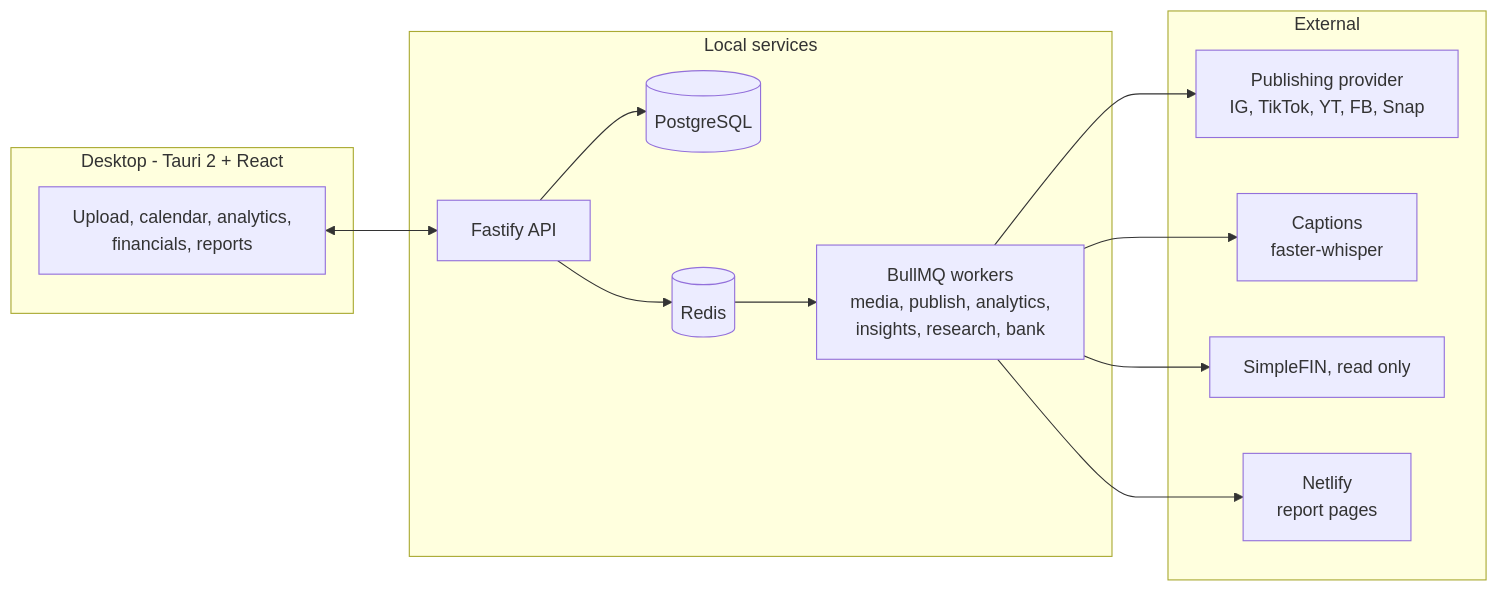
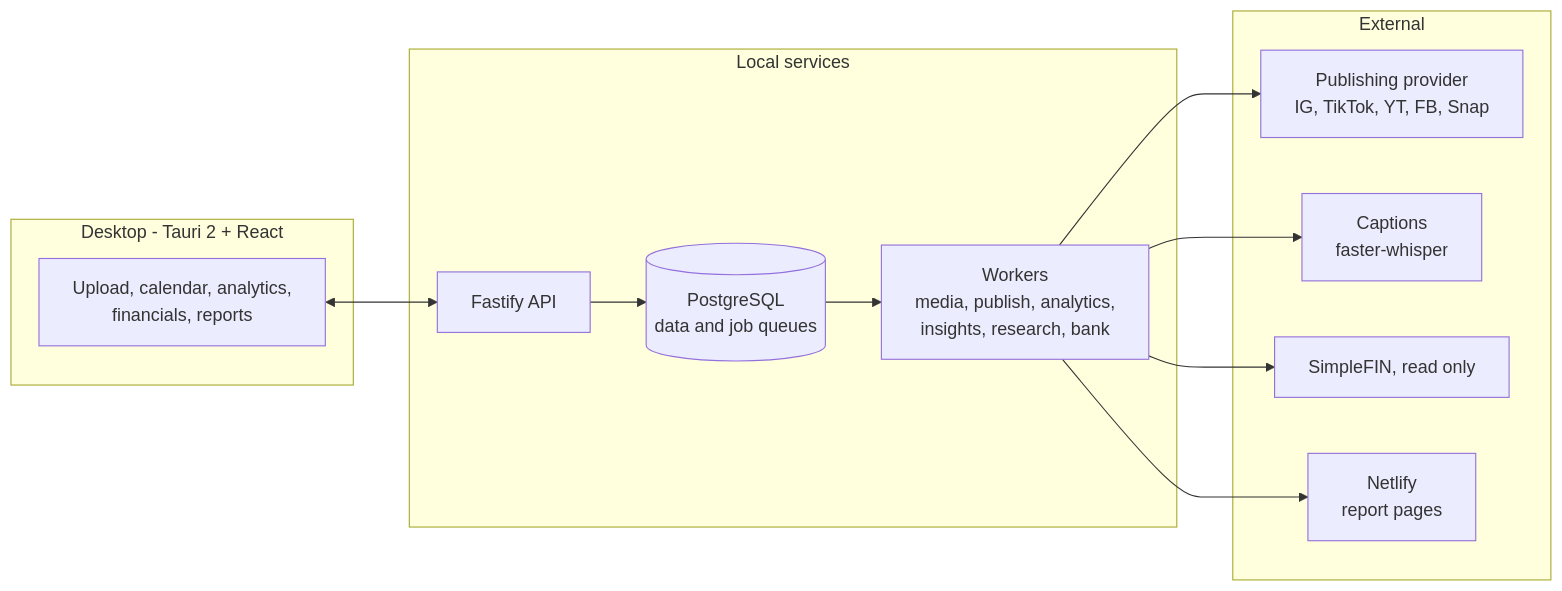
Before and after one commit to TyroneMadison/toreroflow: the diagram in README.md, drawn with Mermaid. The commit also changed other lines of this file and 4 other files, not shown here.

````diff
--- a/README.md
+++ b/README.md
@@ -90,26 +90,24 @@
 ```mermaid
 flowchart LR
     subgraph desktop["Desktop - Tauri 2 + React"]
         UI["Upload, calendar, analytics,<br/>financials, reports"]
     end
     subgraph local["Local services"]
         API["Fastify API"]
-        W["BullMQ workers<br/>media, publish, analytics,<br/>insights, research, bank"]
-        DB[("PostgreSQL")]
-        R[("Redis")]
+        W["Workers<br/>media, publish, analytics,<br/>insights, research, bank"]
+        DB[("PostgreSQL<br/>data and job queues")]
     end
     subgraph ext["External"]
         PUB["Publishing provider<br/>IG, TikTok, YT, FB, Snap"]
         CAP["Captions<br/>faster-whisper"]
         BANK["SimpleFIN, read only"]
         NET["Netlify<br/>report pages"]
     end
     UI <--> API
     API --> DB
-    API --> R
-    R --> W
+    DB --> W
     W --> PUB
     W --> CAP
     W --> BANK
     W --> NET
 ```
````
